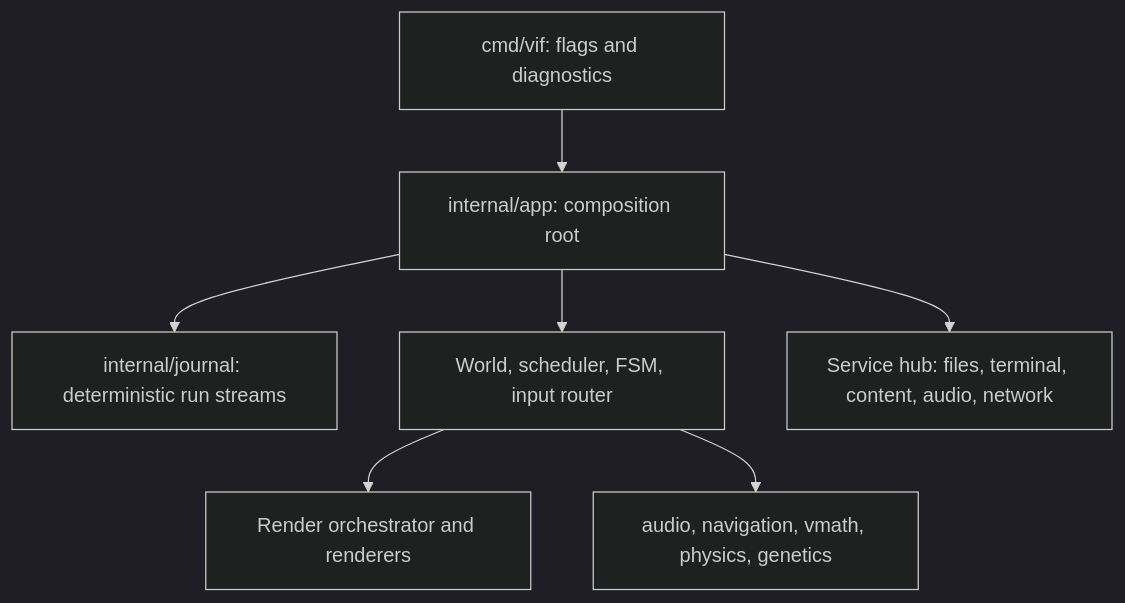
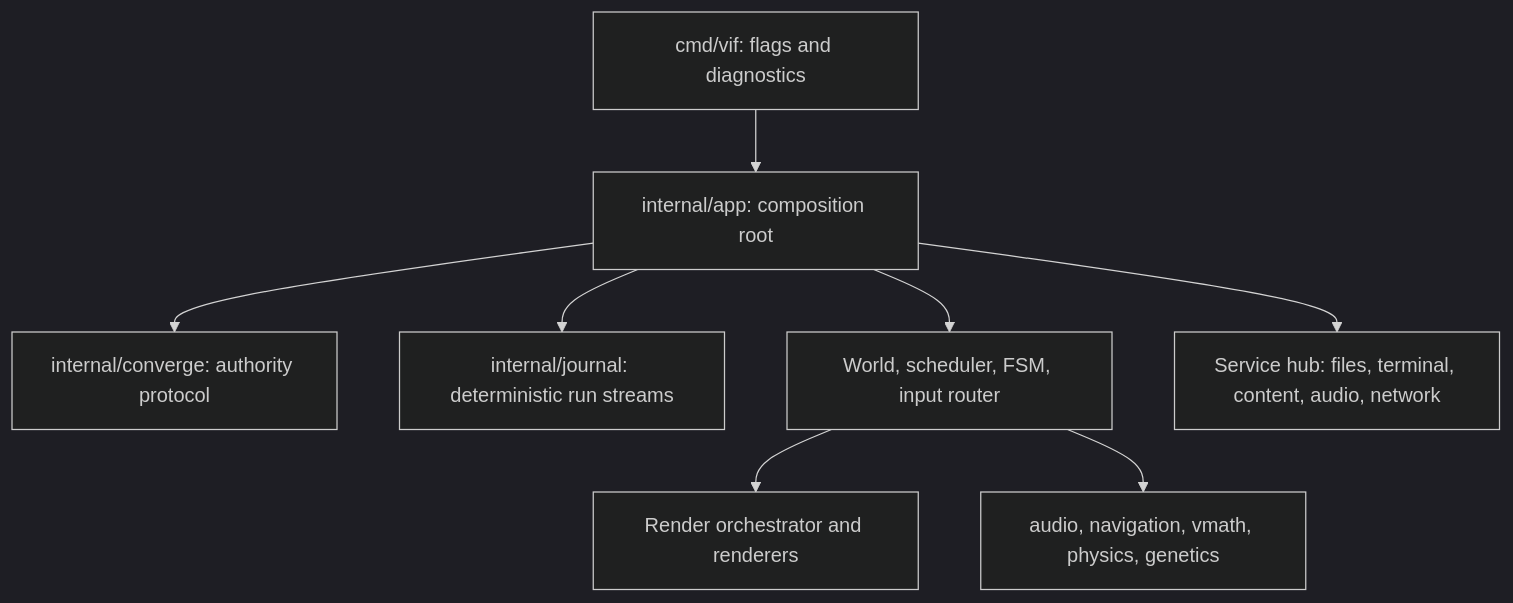
One commit to lixenwraith/vi-fighter changed the second of 3 diagrams in doc/architecture.md. Above: the diagram before and after it, drawn with Mermaid (dark theme). The commit also changed other lines of this file and 30 other files, not shown here.

First line of the commit message:
converge: lift the authority protocol out of the composition root

````diff
--- a/doc/architecture.md
+++ b/doc/architecture.md
@@ -36,9 +36,10 @@
 ```mermaid
 flowchart TD
     Entry["cmd/vif: flags and diagnostics"] --> App["internal/app: composition root"]
+    App --> Converge["internal/converge: authority protocol"]
     App --> Journal["internal/journal: deterministic run streams"]
     App --> Runtime["World, scheduler, FSM, input router"]
     App --> IO["Service hub: files, terminal, content, audio, network"]
     Runtime --> Presentation["Render orchestrator and renderers"]
     Runtime --> Libraries["audio, navigation, vmath, physics, genetics"]
 ```
````
